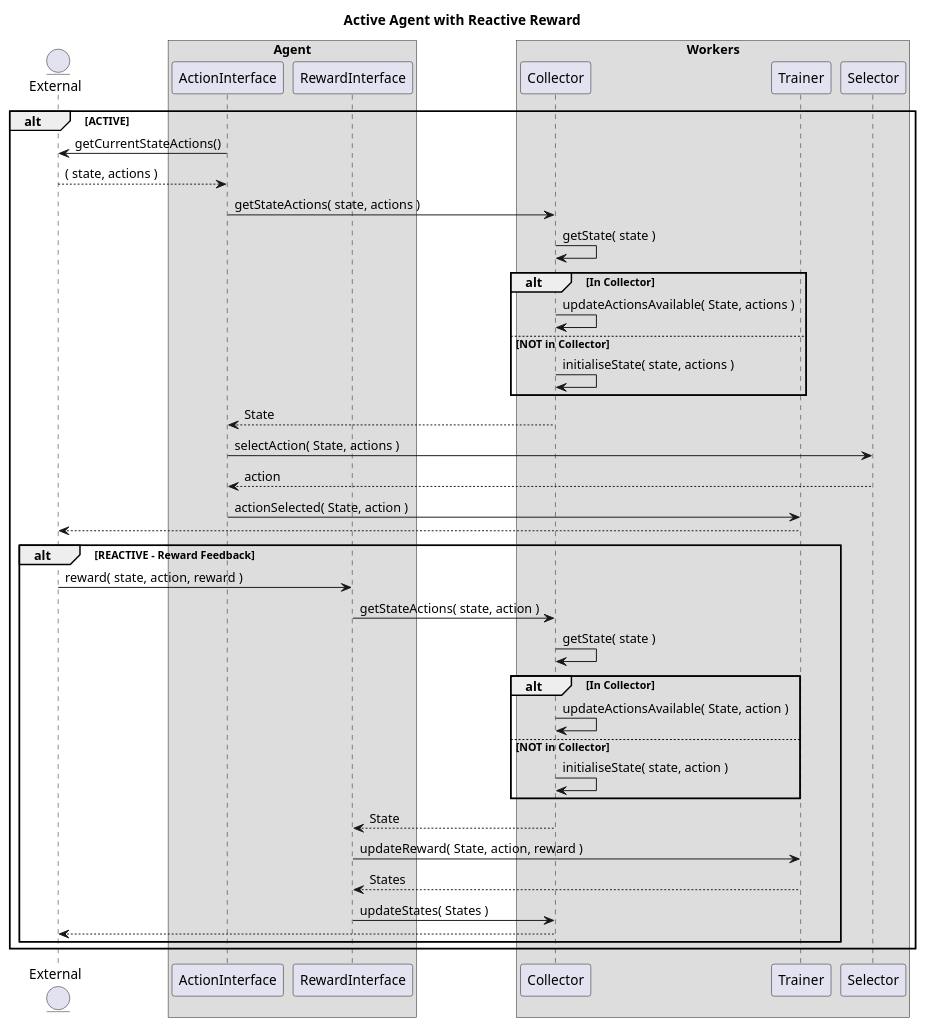
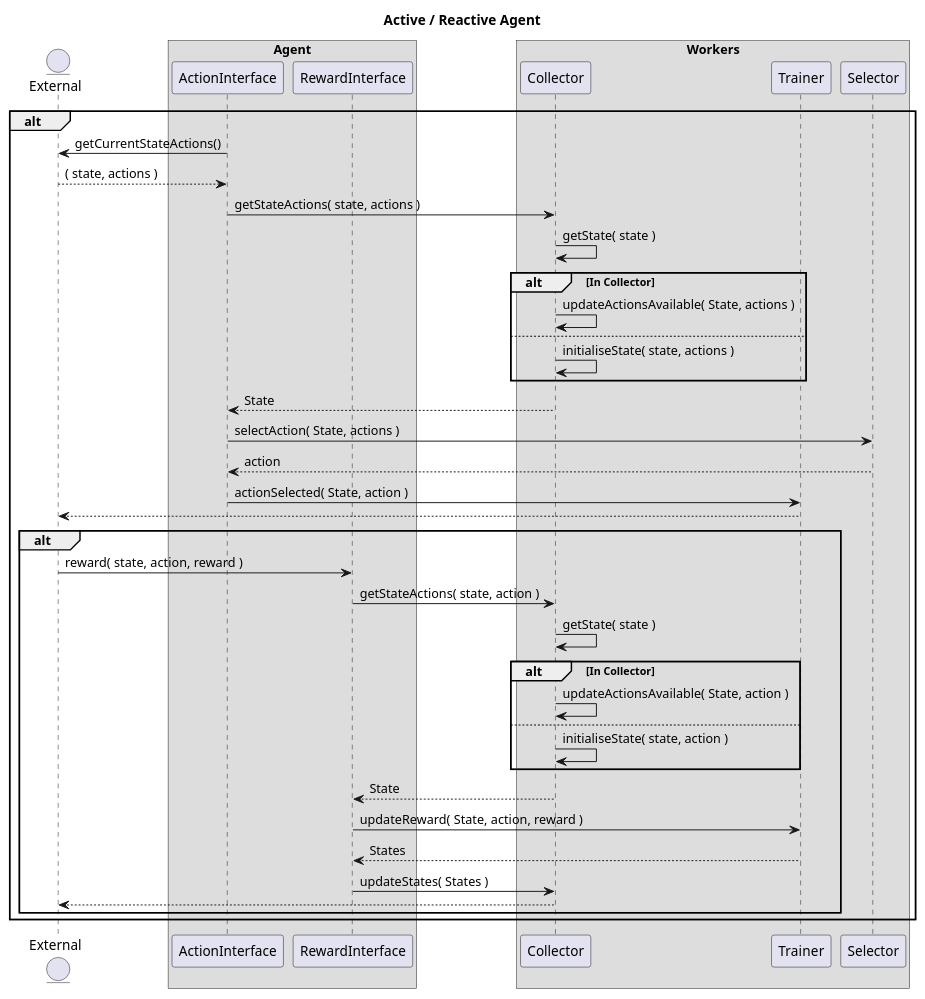
Before and after one commit to vhorta73/RL-Perl: the diagram in Uml/SequenceDiagram/Agent AR.plantuml, drawn with PlantUML. The commit also changed 3 other files, not shown here.

```diff
--- a/Uml/SequenceDiagram/Agent AR.plantuml
+++ b/Uml/SequenceDiagram/Agent AR.plantuml
@@ -1,55 +1,55 @@
 @startuml
 
-title Active Agent with Reactive Reward
+title Active / Reactive Agent
 
 entity External
 
 box "Agent"
   participant ActionInterface 
   participant RewardInterface 
 end box
 
 box "Workers"
   participant Collector
   participant Trainer
   participant Selector 
 end box
 
-alt ACTIVE
+alt
   External          <- ActionInterface : getCurrentStateActions()
   External         --> ActionInterface : ( state, actions )
   ActionInterface   -> Collector : getStateActions( state, actions )
   Collector         -> Collector : getState( state )
 
   alt In Collector
     Collector   -> Collector : updateActionsAvailable( State, actions )
-  else NOT in Collector
+  else
     Collector   -> Collector : initialiseState( state, actions )
   end
 
   ActionInterface    <-- Collector : State
   ActionInterface     -> Selector  : selectAction( State, actions )
   ActionInterface    <-- Selector  : action
   ActionInterface     -> Trainer   : actionSelected( State, action )
   External           <-- Trainer
 
-  alt REACTIVE - Reward Feedback
+  alt
     External         -> RewardInterface : reward( state, action, reward )
     RewardInterface  -> Collector : getStateActions( state, action )
     Collector        -> Collector : getState( state )
 
     alt In Collector
       Collector   -> Collector : updateActionsAvailable( State, action )
-    else NOT in Collector
+    else
       Collector   -> Collector : initialiseState( state, action )
     end
 
     RewardInterface  <-- Collector : State
     RewardInterface   -> Trainer   : updateReward( State, action, reward )
     RewardInterface  <-- Trainer   : States
     RewardInterface   -> Collector : updateStates( States )
     External         <-- Collector
   end 
 end
 
 @enduml
```
